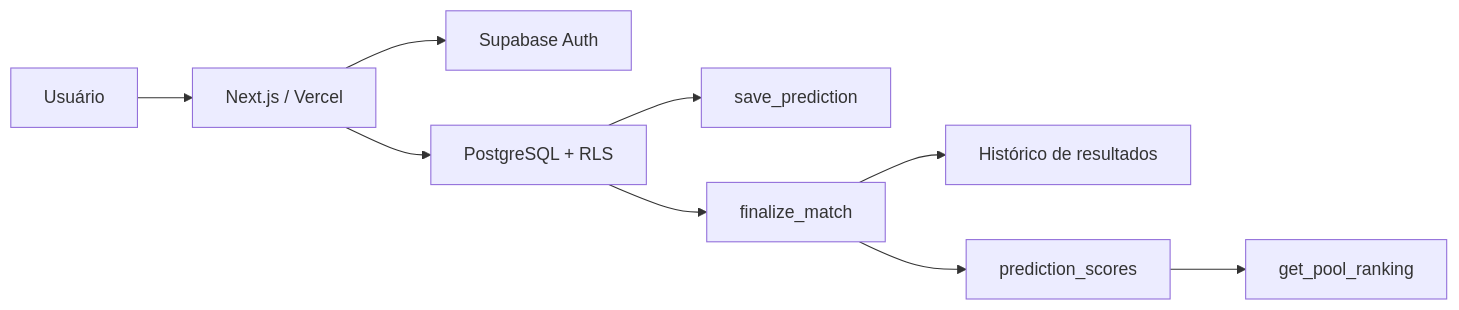
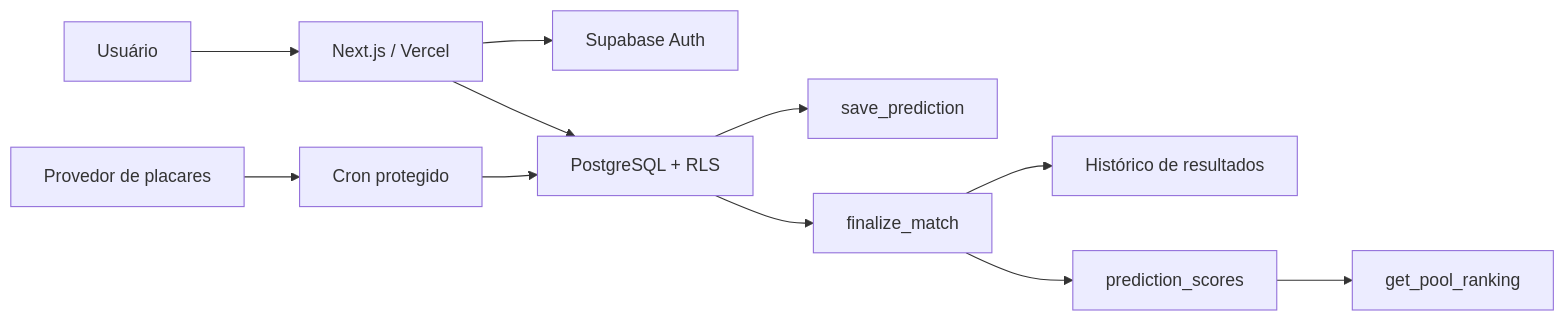
One commit to Faysk/LaBolita changed the diagram in docs/ARCHITECTURE.md. Above: the diagram before and after it, drawn with Mermaid. The commit also changed other lines of this file and 47 other files, not shown here.

````diff
--- a/docs/ARCHITECTURE.md
+++ b/docs/ARCHITECTURE.md
@@ -18,11 +18,13 @@
 ```mermaid
 flowchart LR
   U["Usuário"] --> N["Next.js / Vercel"]
   N --> A["Supabase Auth"]
   N --> D["PostgreSQL + RLS"]
+  P["Provedor de placares"] --> C["Cron protegido"]
+  C --> D
   D --> S["save_prediction"]
   D --> F["finalize_match"]
   F --> H["Histórico de resultados"]
   F --> R["prediction_scores"]
   R --> K["get_pool_ranking"]
 ```
````
